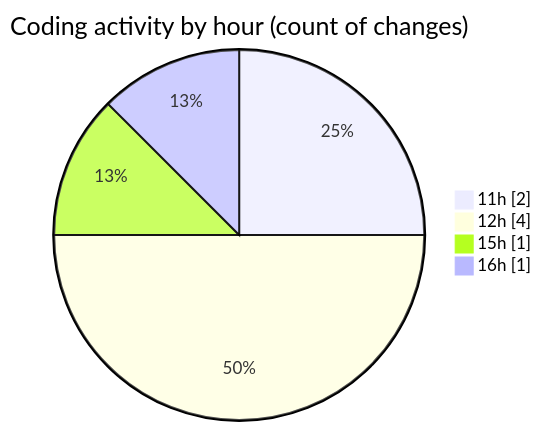
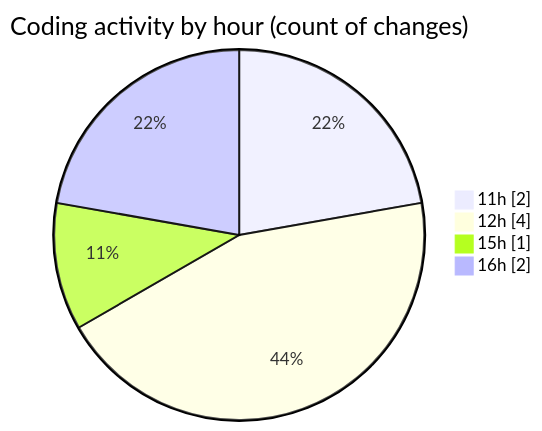
One commit to ricardozamudiocil/code-tracking changed the second of 2 diagrams in 2026-10-15/cilapp/README.md. Above: the diagram before and after it, drawn with Mermaid. The commit also changed other lines of this file and 1 other file, not shown here.

````diff
--- a/2026-10-15/cilapp/README.md
+++ b/2026-10-15/cilapp/README.md
@@ -33,8 +33,8 @@
 ```mermaid
 pie showData
 title Coding activity by hour (count of changes)
 "11h" : 2
 "12h" : 4
 "15h" : 1
-"16h" : 1
+"16h" : 2
 ```
````
